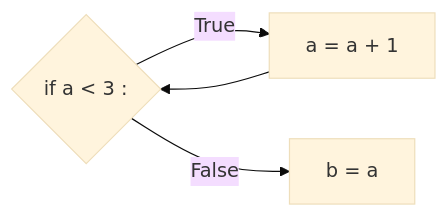
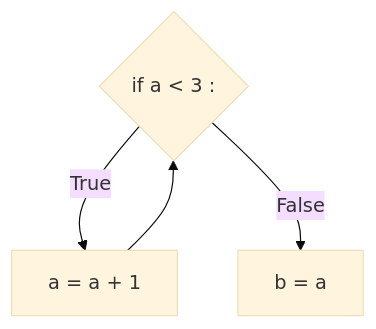
One commit to boddaert/nsi changed the diagram in première/Constructions élémentaires/Boucles_non_bornées.md. Above: the diagram before and after it, drawn with Mermaid (base theme).

````diff
--- a/première/Constructions élémentaires/Boucles_non_bornées.md
+++ b/première/Constructions élémentaires/Boucles_non_bornées.md
@@ -40,7 +40,7 @@
 ```mermaid
-  graph LR;
+  graph TB;
       A{if a < 3 :};
       A--True-->B[a = a + 1];
       B-->A;
       A--False-->C[b = a];
 ```
````
